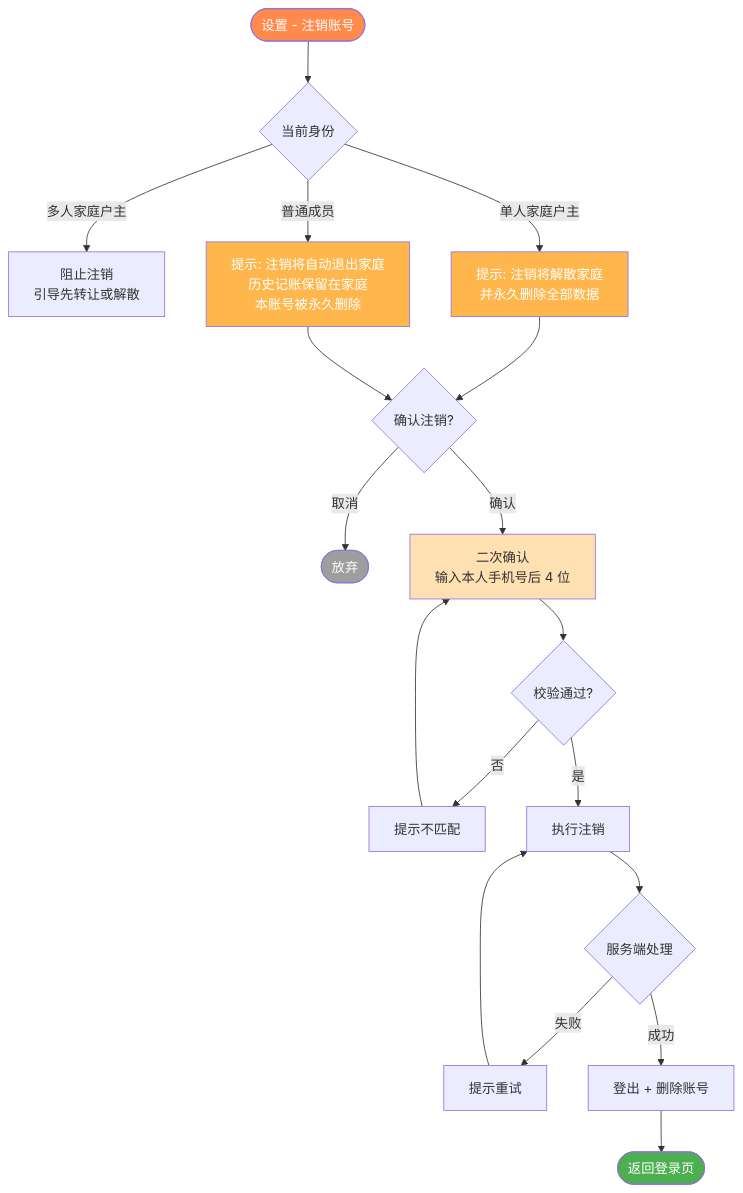
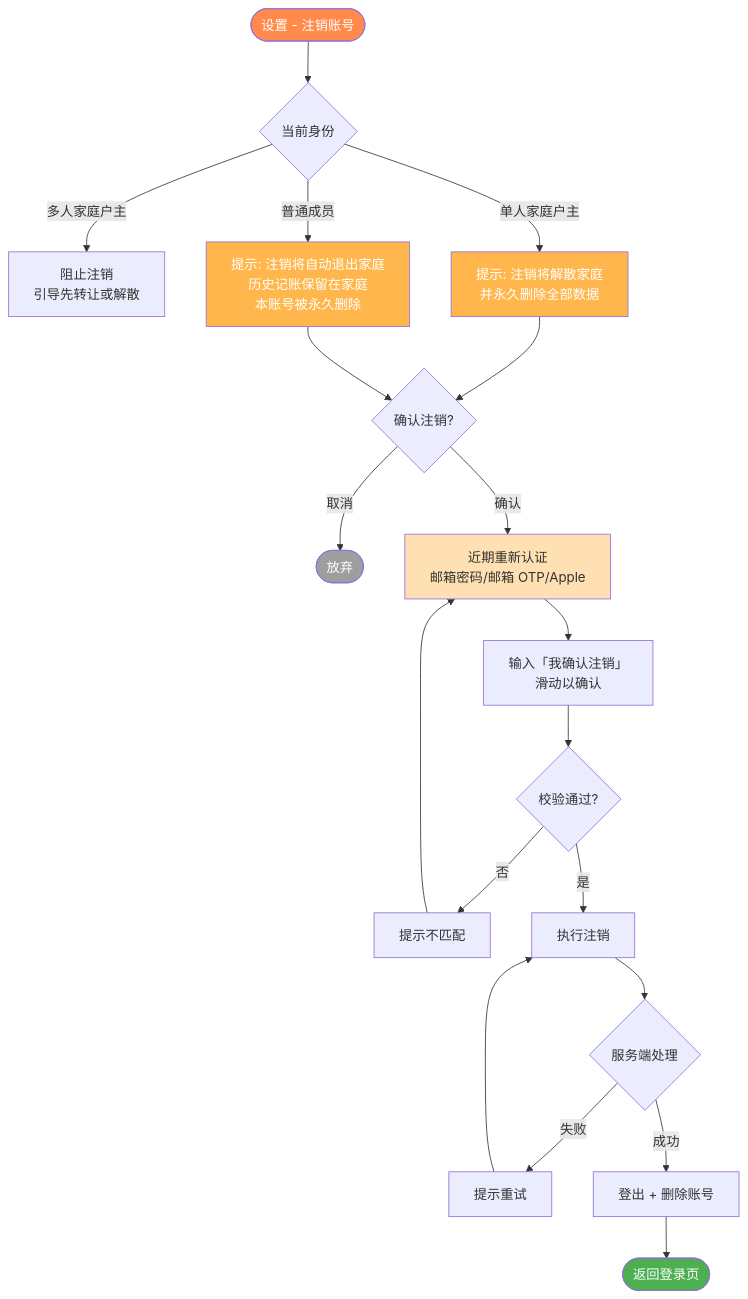
Before and after one commit to raochen0000/HomeBook: diagram 13 of 16 in docs/PRD.md, drawn with Mermaid. The commit also changed other lines of this file and 25 other files, not shown here.

````diff
--- a/docs/PRD.md
+++ b/docs/PRD.md
@@ -1327,29 +1330,30 @@
 ```mermaid
 flowchart TD
     A([设置 - 注销账号]) --> B{当前身份}
     B -- 多人家庭户主 --> B1[阻止注销<br/>引导先转让或解散]
     B -- 单人家庭户主 --> C1[提示: 注销将解散家庭<br/>并永久删除全部数据]
     B -- 普通成员 --> C2[提示: 注销将自动退出家庭<br/>历史记账保留在家庭<br/>本账号被永久删除]
 
     C1 --> D{确认注销?}
     C2 --> D
     D -- 取消 --> Z1([放弃])
-    D -- 确认 --> E[二次确认<br/>输入本人手机号后 4 位]
-    E --> F{校验通过?}
+    D -- 确认 --> E[近期重新认证<br/>邮箱密码/邮箱 OTP/Apple]
+    E --> E1[输入「我确认注销」<br/>滑动以确认]
+    E1 --> F{校验通过?}
     F -- 否 --> F1[提示不匹配]
     F1 --> E
     F -- 是 --> G[执行注销]
 
     G --> H{服务端处理}
     H -- 失败 --> H1[提示重试]
     H1 --> G
     H -- 成功 --> I[登出 + 删除账号]
     I --> Z2([返回登录页])
 
     style A fill:#FF8A4C,color:#fff
     style Z1 fill:#9E9E9E,color:#fff
     style Z2 fill:#4CAF50,color:#fff
     style C1 fill:#FFB74D,color:#fff
     style C2 fill:#FFB74D,color:#fff
     style E fill:#FFE0B2
 ```
````
